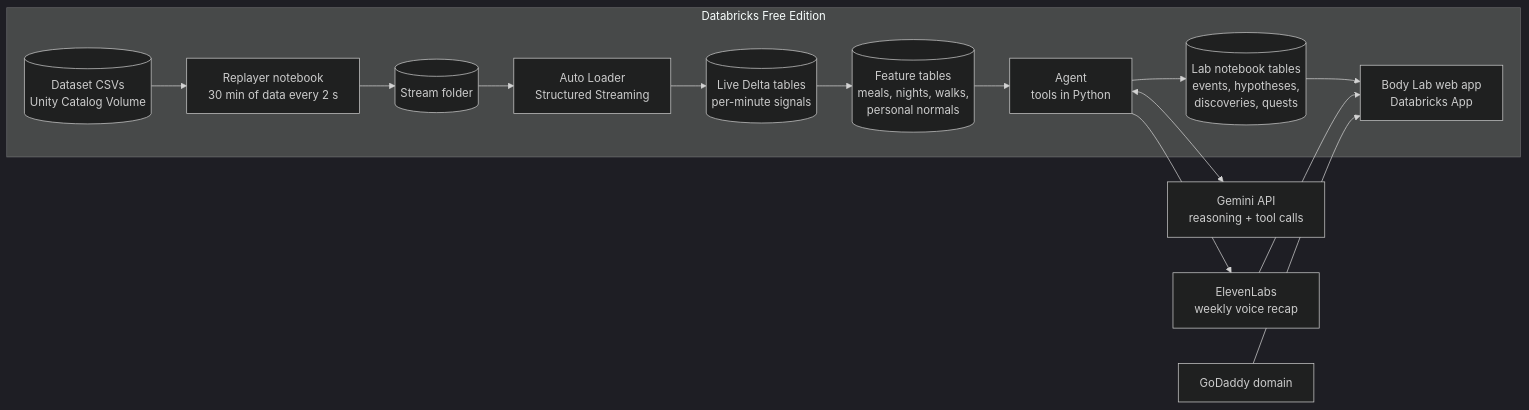
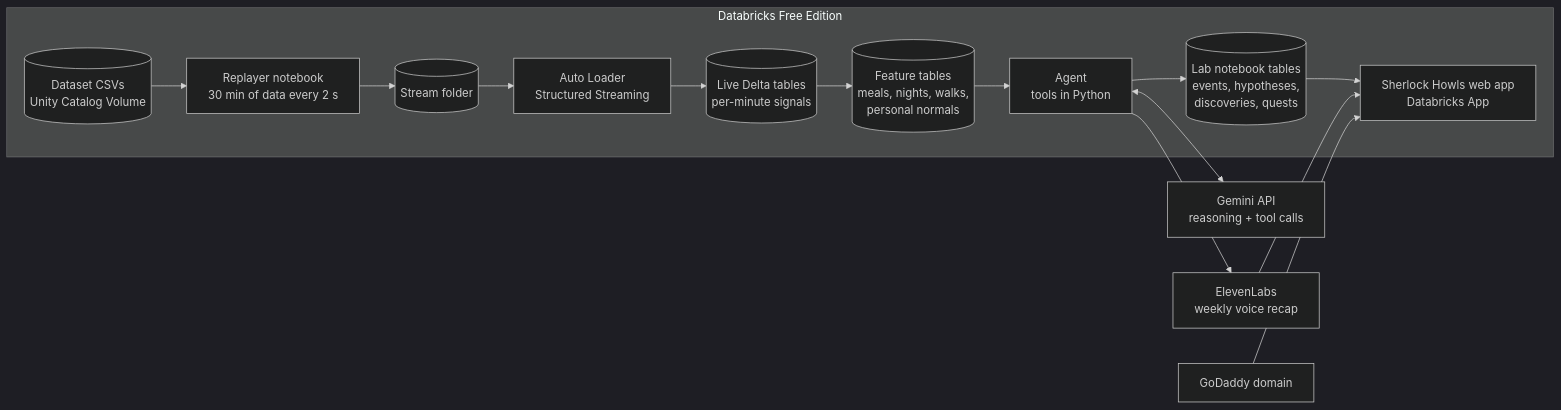
The second of 4 diagrams in README.md (bestinlalu/wolfpack-proj), drawn with Mermaid (dark theme) before and after one commit. The commit also changed other lines of this file and 8 other files, not shown here.

````diff
--- a/README.md
+++ b/README.md
@@ -171,17 +173,17 @@
 ```mermaid
 flowchart LR
     subgraph Databricks["Databricks Free Edition"]
         CSV[(Dataset CSVs<br/>Unity Catalog Volume)] --> REP[Replayer notebook<br/>30 min of data every 2 s]
         REP --> STREAM[(Stream folder)]
         STREAM --> AL[Auto Loader<br/>Structured Streaming]
         AL --> LIVE[(Live Delta tables<br/>per-minute signals)]
         LIVE --> FEAT[(Feature tables<br/>meals, nights, walks,<br/>personal normals)]
         FEAT --> AGENT[Agent<br/>tools in Python]
         AGENT --> NB[(Lab notebook tables<br/>events, hypotheses,<br/>discoveries, quests)]
-        NB --> APP[Body Lab web app<br/>Databricks App]
+        NB --> APP[Sherlock Howls web app<br/>Databricks App]
     end
     AGENT <--> GEM[Gemini API<br/>reasoning + tool calls]
     AGENT --> EL[ElevenLabs<br/>weekly voice recap]
     EL --> APP
     DOM[GoDaddy domain] --> APP
 ```
````
